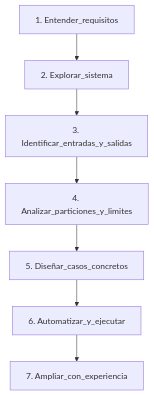
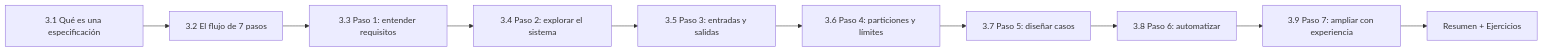
Before and after one commit to joshuacba08/qa-engineering-book: the first of 6 diagrams in parte2-tecnicas-clave/03-testing-basado-en-especificaciones.md, drawn with Mermaid. The commit also changed other lines of this file, not shown here.

````diff
--- a/parte2-tecnicas-clave/03-testing-basado-en-especificaciones.md
+++ b/parte2-tecnicas-clave/03-testing-basado-en-especificaciones.md
@@ -45,9 +25,12 @@
 ```mermaid
-graph TD
-    A[1. Entender_requisitos] --> B[2. Explorar_sistema]
-    B --> C[3. Identificar_entradas_y_salidas]
-    C --> D[4. Analizar_particiones_y_limites]
-    D --> E[5. Diseñar_casos_concretos]
-    E --> F[6. Automatizar_y_ejecutar]
-    F --> G[7. Ampliar_con_experiencia]
+flowchart LR
+    A[3.1 Qué es una especificación] --> B[3.2 El flujo de 7 pasos]
+    B --> C[3.3 Paso 1: entender requisitos]
+    C --> D[3.4 Paso 2: explorar el sistema]
+    D --> E[3.5 Paso 3: entradas y salidas]
+    E --> F[3.6 Paso 4: particiones y límites]
+    F --> G[3.7 Paso 5: diseñar casos]
+    G --> H[3.8 Paso 6: automatizar]
+    H --> I[3.9 Paso 7: ampliar con experiencia]
+    I --> J[Resumen + Ejercicios]
 ```
````
